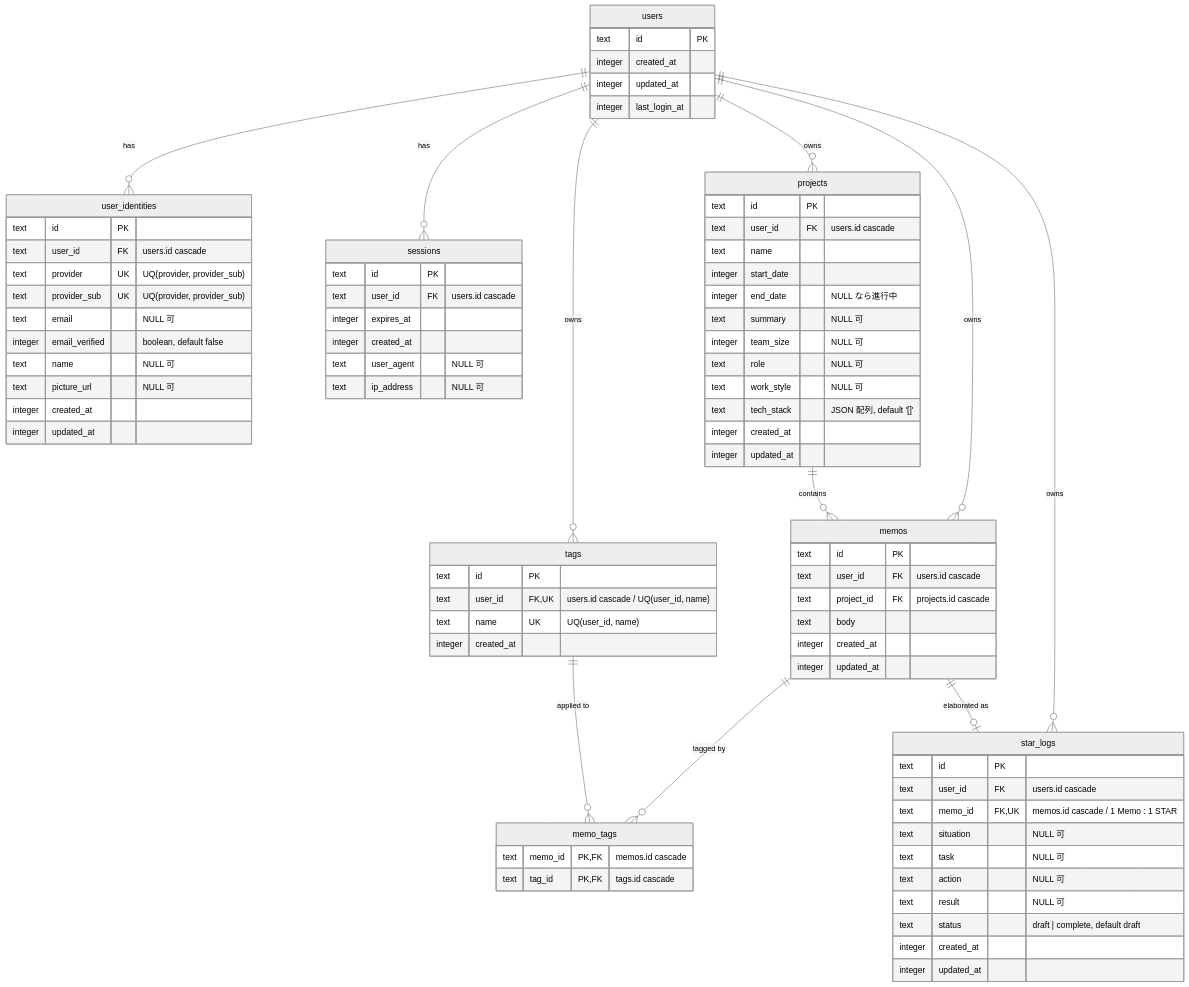
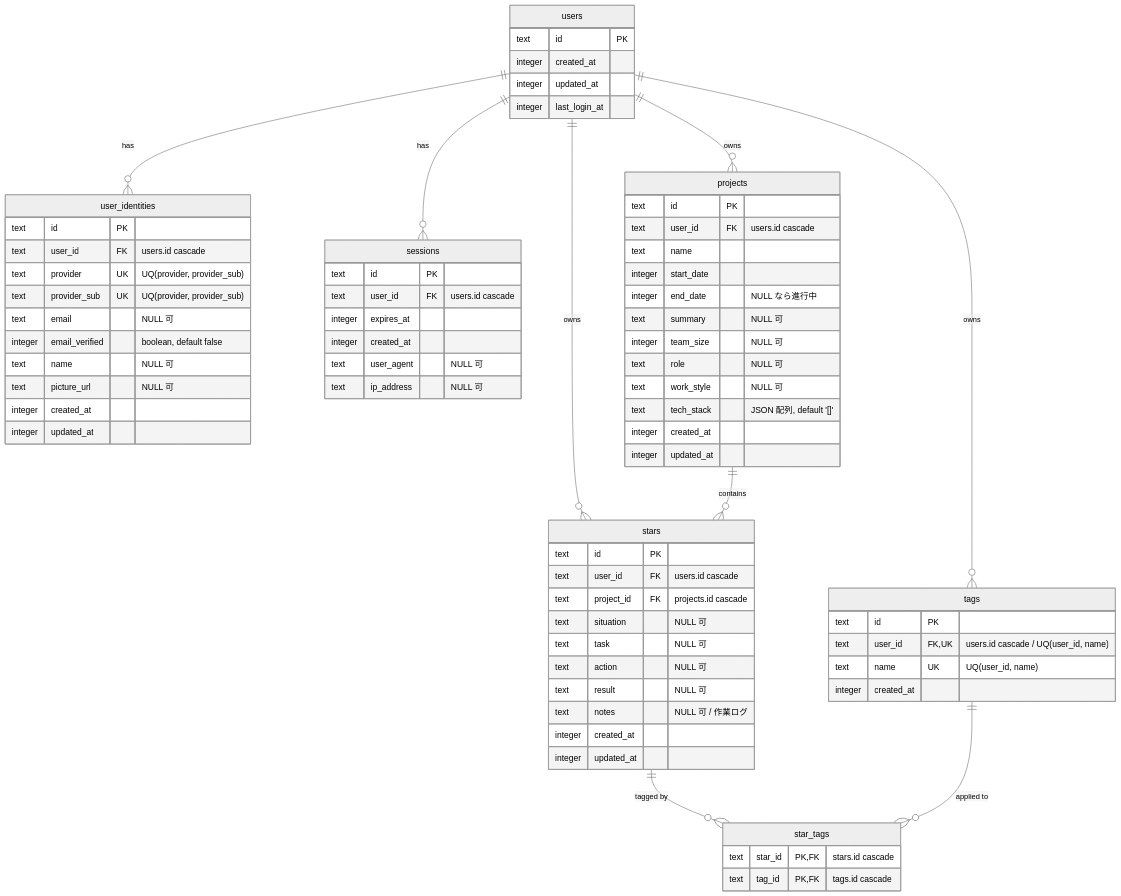
Before and after one commit to Kai-Itakura/stacx: the diagram in docs/diagrams/er.mmd, drawn with Mermaid (neutral theme). The commit also changed 8 other files, not shown here.

```diff
--- a/docs/diagrams/er.mmd
+++ b/docs/diagrams/er.mmd
@@ -1,89 +1,78 @@
 erDiagram
   users ||--o{ user_identities : "has"
   users ||--o{ sessions : "has"
   users ||--o{ projects : "owns"
   users ||--o{ tags : "owns"
-  users ||--o{ memos : "owns"
-  users ||--o{ star_logs : "owns"
-  projects ||--o{ memos : "contains"
-  memos ||--o{ memo_tags : "tagged by"
-  tags ||--o{ memo_tags : "applied to"
-  memos ||--o| star_logs : "elaborated as"
+  users ||--o{ stars : "owns"
+  projects ||--o{ stars : "contains"
+  stars ||--o{ star_tags : "tagged by"
+  tags ||--o{ star_tags : "applied to"
 
   users {
     text id PK
     integer created_at
     integer updated_at
     integer last_login_at
   }
 
   user_identities {
     text id PK
     text user_id FK "users.id cascade"
     text provider UK "UQ(provider, provider_sub)"
     text provider_sub UK "UQ(provider, provider_sub)"
     text email "NULL 可"
     integer email_verified "boolean, default false"
     text name "NULL 可"
     text picture_url "NULL 可"
     integer created_at
     integer updated_at
   }
 
   sessions {
     text id PK
     text user_id FK "users.id cascade"
     integer expires_at
     integer created_at
     text user_agent "NULL 可"
     text ip_address "NULL 可"
   }
 
   projects {
     text id PK
     text user_id FK "users.id cascade"
     text name
     integer start_date
     integer end_date "NULL なら進行中"
     text summary "NULL 可"
     integer team_size "NULL 可"
     text role "NULL 可"
     text work_style "NULL 可"
     text tech_stack "JSON 配列, default '[]'"
     integer created_at
     integer updated_at
   }
 
   tags {
     text id PK
     text user_id FK,UK "users.id cascade / UQ(user_id, name)"
     text name UK "UQ(user_id, name)"
     integer created_at
   }
 
-  memos {
+  stars {
     text id PK
     text user_id FK "users.id cascade"
     text project_id FK "projects.id cascade"
-    text body
+    text situation "NULL 可"
+    text task "NULL 可"
+    text action "NULL 可"
+    text result "NULL 可"
+    text notes "NULL 可 / 作業ログ"
     integer created_at
     integer updated_at
   }
 
-  star_logs {
-    text id PK
-    text user_id FK "users.id cascade"
-    text memo_id FK,UK "memos.id cascade / 1 Memo : 1 STAR"
-    text situation "NULL 可"
-    text task "NULL 可"
-    text action "NULL 可"
-    text result "NULL 可"
-    text status "draft | complete, default draft"
-    integer created_at
-    integer updated_at
-  }
-
-  memo_tags {
-    text memo_id PK,FK "memos.id cascade"
+  star_tags {
+    text star_id PK,FK "stars.id cascade"
     text tag_id PK,FK "tags.id cascade"
   }
```
